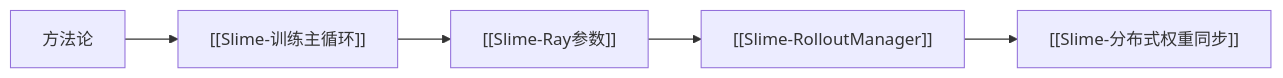
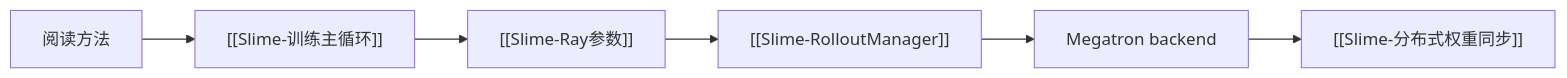
One commit to OnlyHero5/sglang-reading-vault changed the second of 2 diagrams in slime_reading/阅读方法/Slime-阅读方法.md. Above: the diagram before and after it, drawn with Mermaid. The commit also changed other lines of this file and 512 other files, not shown here.

````diff
--- a/slime_reading/阅读方法/Slime-阅读方法.md
+++ b/slime_reading/阅读方法/Slime-阅读方法.md
@@ -70,10 +79,11 @@
 ```mermaid
 flowchart LR
-    M["方法论"]
-    T["[[Slime-训练主循环]]"]
+    M["阅读方法"]
+    E["[[Slime-训练主循环]]"]
     A["[[Slime-Ray参数]]"]
     R["[[Slime-RolloutManager]]"]
+    B["Megatron backend"]
     W["[[Slime-分布式权重同步]]"]
 
-    M --> T --> A --> R --> W
+    M --> E --> A --> R --> B --> W
 ```
````
